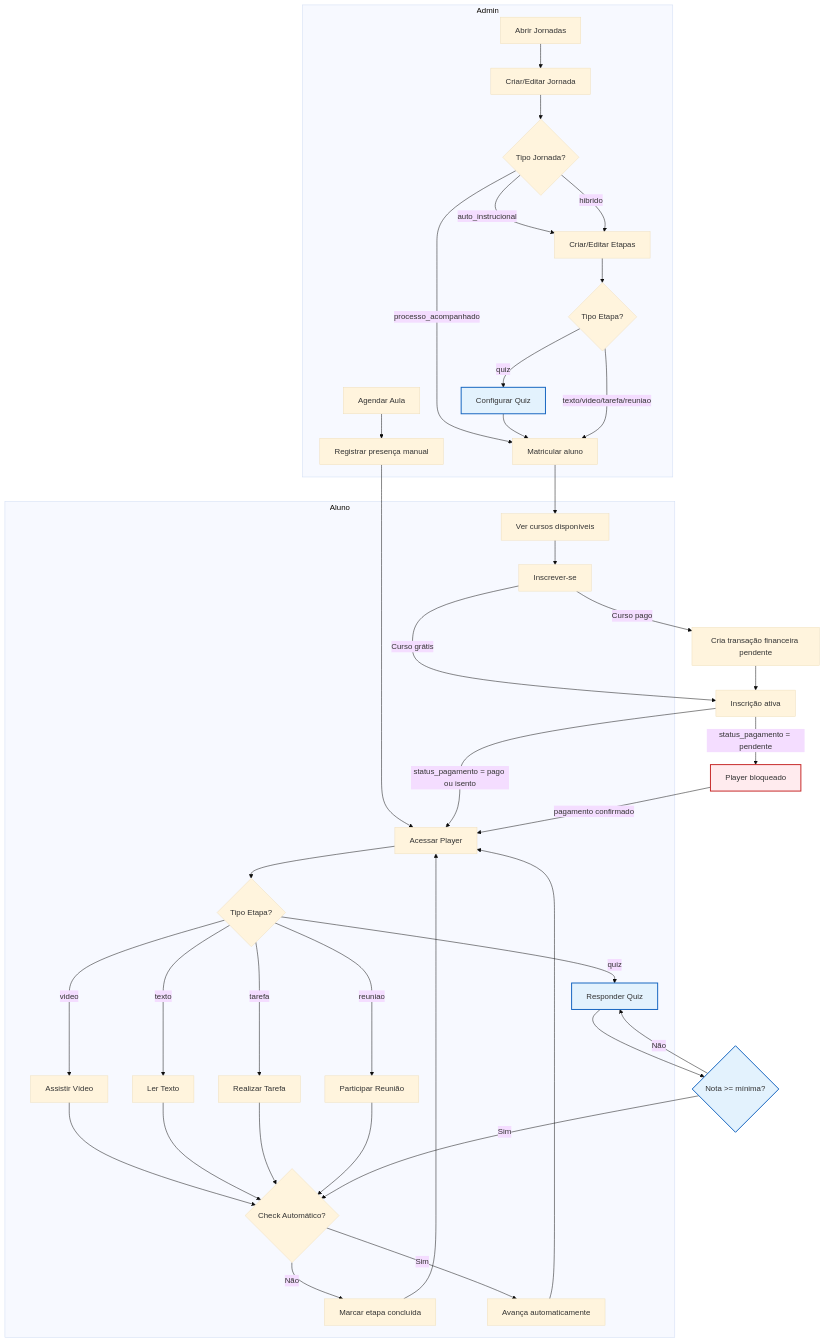
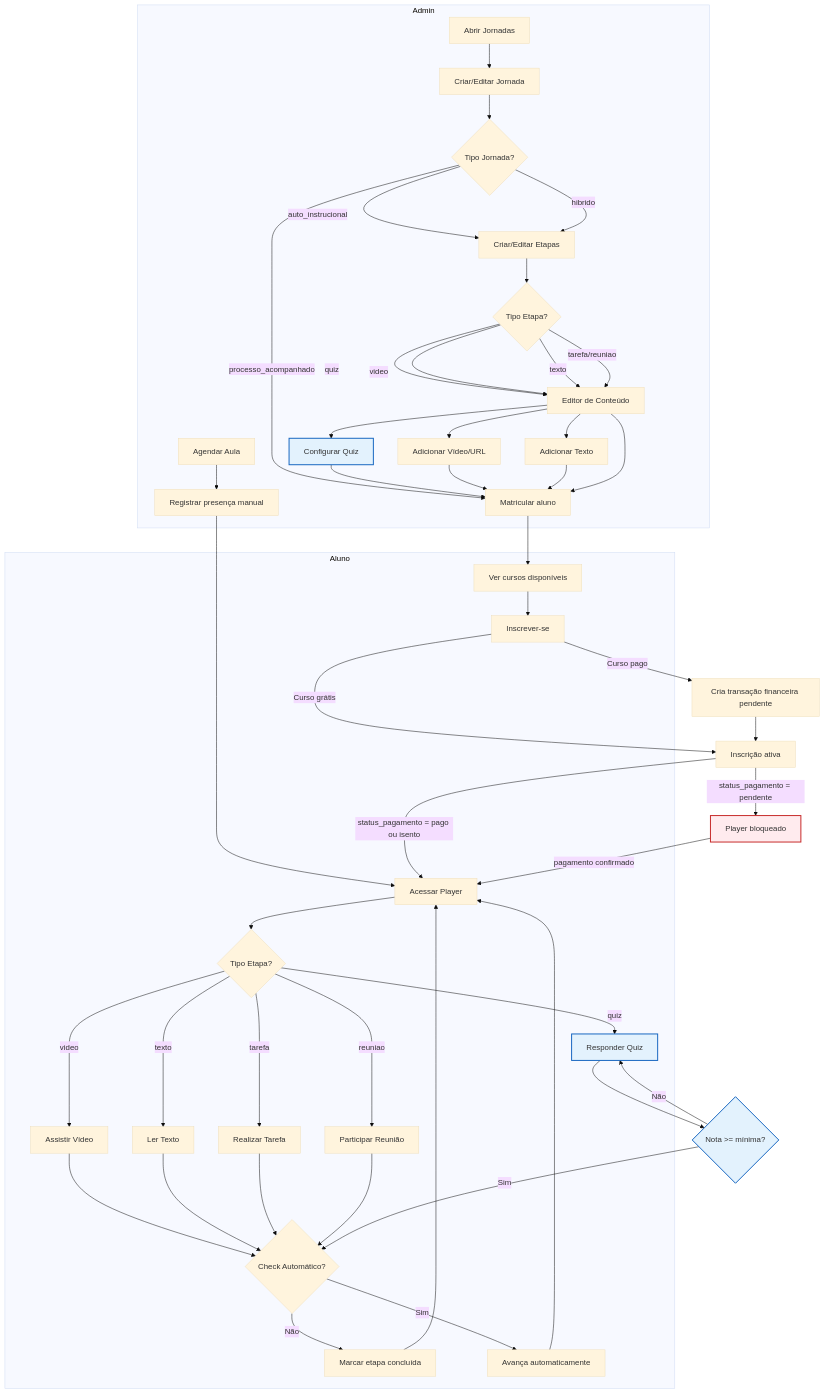
The diagram in docs/diagramas/fluxo-ensino.md (adrianoapc/igreja-carvalho), drawn with Mermaid (base theme) before and after one commit. The commit also changed other lines of this file and 2 other files, not shown here.

Commit message:
docs: documentar mudanças da branch ensino/melhoria-v2
Passo 1: Identificar mudanças
- 2 commits: (1) tipo_jornada com UI, (2) editor de conteúdo com quiz
- 4 arquivos alterados: NovaJornadaDialog, EditarJornadaDialog, EtapaContentDialog, Jornadas
- 653 linhas adicionadas (conteúdo robusto)

Passo 2: CHANGELOG atualizado
- Seção 'Editor de Conteúdo de Etapas com Quiz' (17/Dez): 4 tipos de conteúdo, quiz JSON, preview
- Seção 'Diferenciar Tipos de Jornadas' (17/Dez): 3 tipos, badges, UI condicional
- Impactos no usuário e riscos/observações documentados

Passo 3: Diagrama fluxo-ensino.md atualizado
- Adicionado nó 'Editor de Conteúdo' no fluxo admin
- Adicionados nós CV (Vídeo), CT (Texto), CQ (Quiz) com rotas específicas
- Notas expandidas com detalhes do EtapaContentDialog

Passo 4: ADR-009 criado
- Documenta trade-offs de tipos de jornada vs flags opcionais
- Explica decisão: 3 tipos, imutabilidade, editor com 4 tipos de conteúdo
- Impactos técnicos, banco de dados, frontend, conformidade

````diff
--- a/docs/diagramas/fluxo-ensino.md
+++ b/docs/diagramas/fluxo-ensino.md
@@ -3,72 +3,77 @@
 ```mermaid
 flowchart TD
     subgraph Admin
         AJ[Abrir Jornadas]
         CJ[Criar/Editar Jornada]
         TJ{Tipo Jornada?}
         AE[Criar/Editar Etapas]
         CE{Tipo Etapa?}
+        EC[Editor de Conteúdo]
         CQ[Configurar Quiz]
+        CV[Adicionar Vídeo/URL]
+        CT[Adicionar Texto]
         MI[Matricular aluno]
         AA[Agendar Aula]
         RS[Registrar presença manual]
     end
 
     subgraph Aluno
         VA[Ver cursos disponíveis]
         IN[Inscrever-se]
         PL[Acessar Player]
         ET{Tipo Etapa?}
         VV[Assistir Vídeo]
         LT[Ler Texto]
         RQ[Responder Quiz]
         RT[Realizar Tarefa]
         PR[Participar Reunião]
         CA{Check Automático?}
         MA[Marcar etapa concluída]
         AV[Avança automaticamente]
     end
 
     AJ --> CJ --> TJ
     TJ -->|auto_instrucional| AE
     TJ -->|processo_acompanhado| MI
     TJ -->|hibrido| AE
     
     AE --> CE
-    CE -->|quiz| CQ --> MI
-    CE -->|texto/video/tarefa/reuniao| MI
+    CE -->|quiz| EC --> CQ --> MI
+    CE -->|video| EC --> CV --> MI
+    CE -->|texto| EC --> CT --> MI
+    CE -->|tarefa/reuniao| EC --> MI
     
     MI --> VA
     VA --> IN
 
     IN -->|Curso pago| TF[Cria transação financeira pendente]
     IN -->|Curso grátis| INS[Inscrição ativa]
 
     TF --> INS
 
     AA --> RS
     RS --> PL
 
     INS -->|status_pagamento = pago ou isento| PL
     INS -->|status_pagamento = pendente| BLK[Player bloqueado]
     BLK -->|pagamento confirmado| PL
 
     PL --> ET
     ET -->|video| VV --> CA
     ET -->|texto| LT --> CA
     ET -->|quiz| RQ --> NM{Nota >= mínima?}
     ET -->|tarefa| RT --> CA
     ET -->|reuniao| PR --> CA
     
     NM -->|Sim| CA
     NM -->|Não| RQ
     
     CA -->|Sim| AV --> PL
     CA -->|Não| MA --> PL
 
     %% Estilos
     classDef blocked fill:#ffebee,stroke:#c62828,stroke-width:2px;
     classDef quiz fill:#e3f2fd,stroke:#1565c0,stroke-width:2px;
     class BLK blocked;
     class RQ,CQ,NM quiz;
 ```
````
